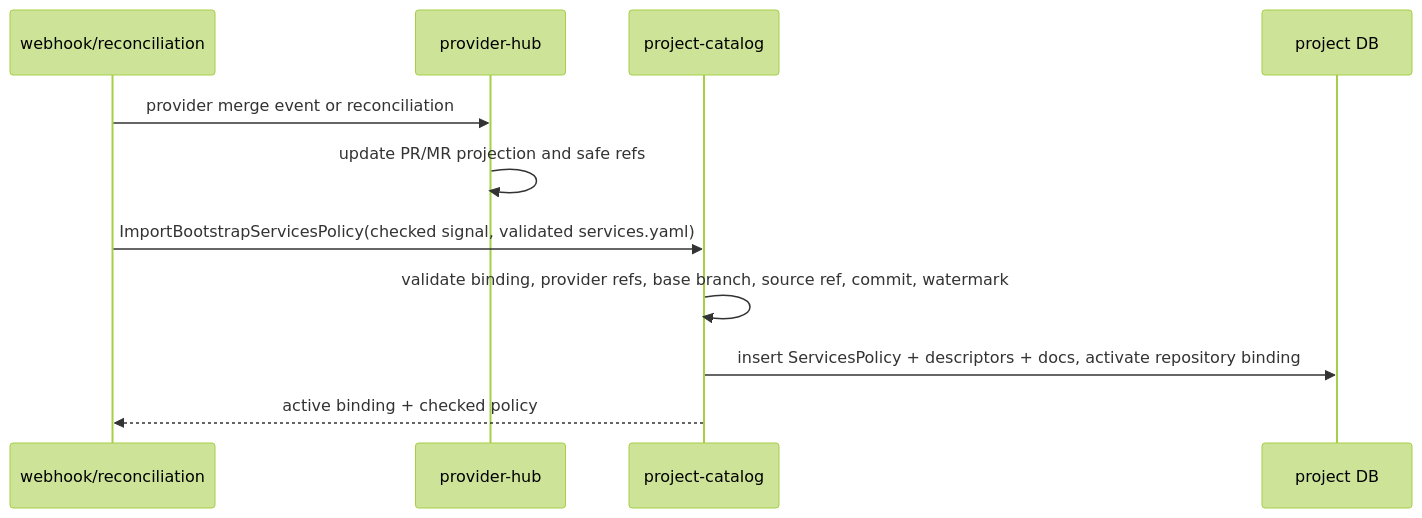
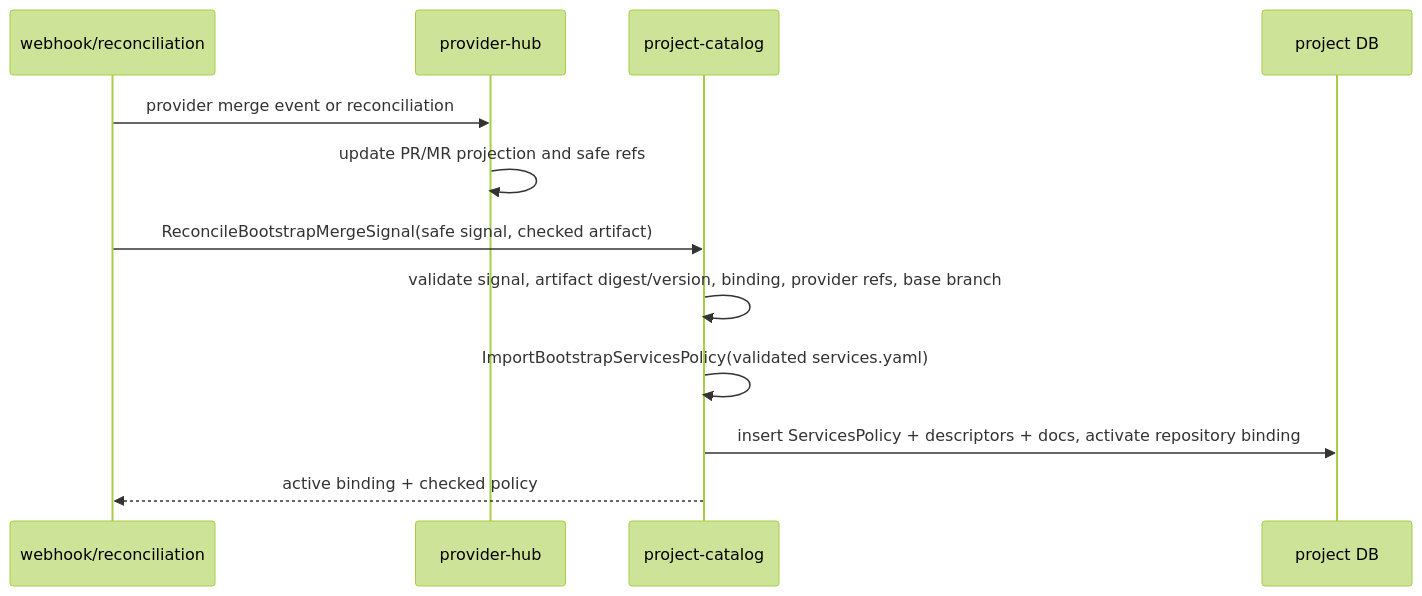
The fifth of 6 diagrams in docs/domains/projects-and-repositories/architecture/design.md (codex-k8s/kodex), drawn with Mermaid (forest theme) before and after one commit. The commit also changed other lines of this file and 19 other files, not shown here.

Commit message:
Add bootstrap merge reconciliation

````diff
--- a/docs/domains/projects-and-repositories/architecture/design.md
+++ b/docs/domains/projects-and-repositories/architecture/design.md
@@ -152,13 +152,14 @@
 ```mermaid
 sequenceDiagram
   participant W as webhook/reconciliation
   participant H as provider-hub
   participant P as project-catalog
   participant DB as project DB
   W->>H: provider merge event or reconciliation
   H->>H: update PR/MR projection and safe refs
-  W->>P: ImportBootstrapServicesPolicy(checked signal, validated services.yaml)
-  P->>P: validate binding, provider refs, base branch, source ref, commit, watermark
+  W->>P: ReconcileBootstrapMergeSignal(safe signal, checked artifact)
+  P->>P: validate signal, artifact digest/version, binding, provider refs, base branch
+  P->>P: ImportBootstrapServicesPolicy(validated services.yaml)
   P->>DB: insert ServicesPolicy + descriptors + docs, activate repository binding
   P-->>W: active binding + checked policy
 ```
````
